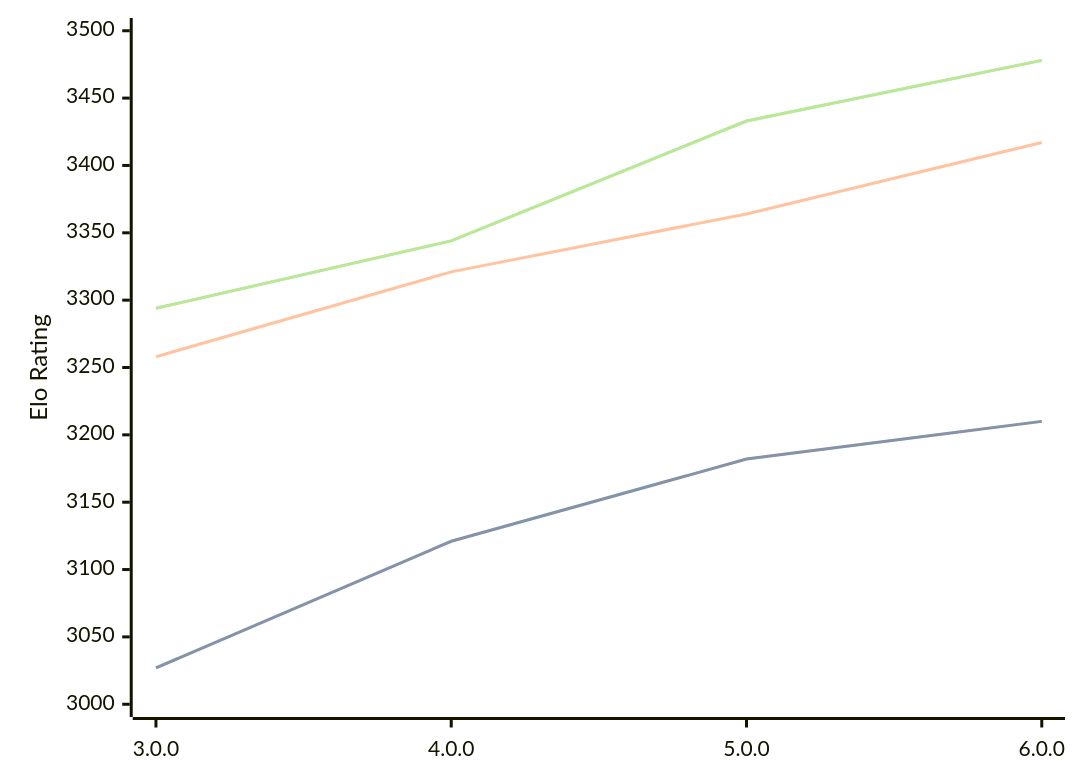
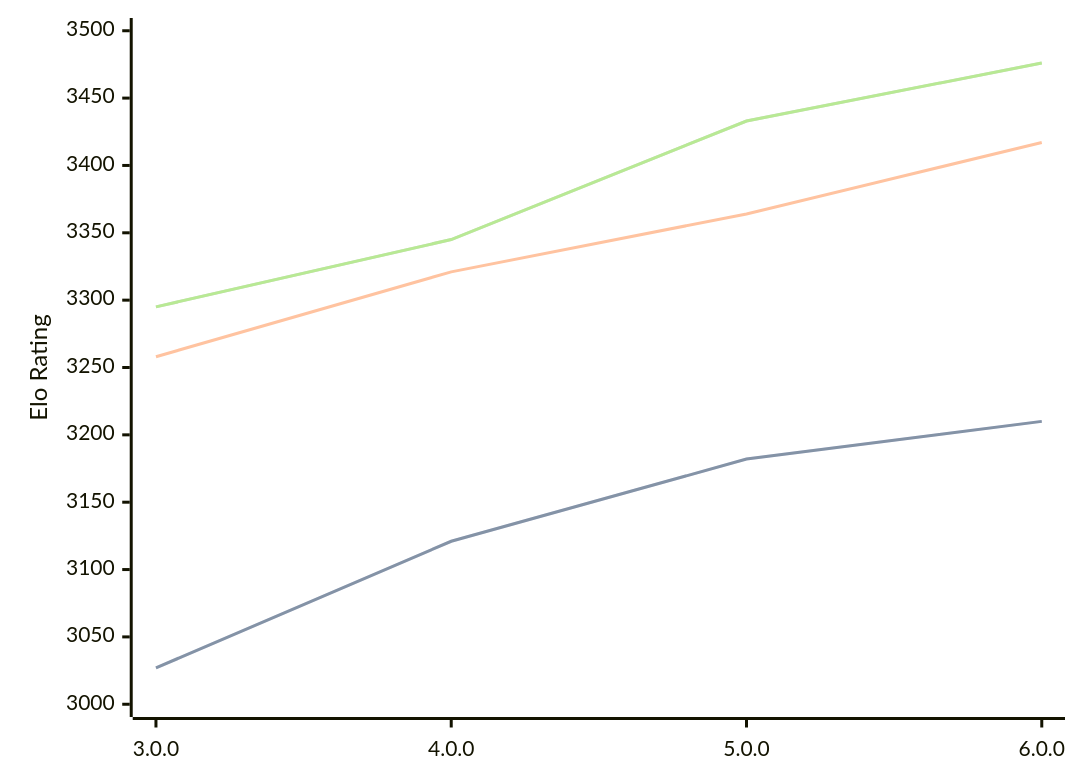
Before and after one commit to computer-chess-index/cci: the diagram in engines/Minke.md, drawn with Mermaid. The commit also changed other lines of this file, not shown here.

Commit message:
Update CCI Ratings (ELO VLTC) - 2026-05-13

````diff
--- a/engines/Minke.md
+++ b/engines/Minke.md
@@ -36,11 +36,11 @@
 ```mermaid
 %%{init: {"theme":"base","themeVariables":{"seriesColors:['#a3a3a3','#222221','#faa371']}}}%%
 xychart-beta
   x-axis ["3.0.0", "4.0.0", "5.0.0", "6.0.0"]
   y-axis "Elo Rating" 3000 --> 3500
   line "STC (8.0+0.08s)" [3027, 3121, 3182, 3210]
   line "STC (8.0+0.08s)" [3027, 3121, 3182, 3210]
   line "LTC (60.0+0.60s)" [3258, 3321, 3364, 3417]
-  line "VLTC (2m24s+1.12s)" [3294, 3344, 3433, 3478]
-  line "VLTC (2m24s+1.12s)" [3294, 3344, 3433, 3478]
+  line "VLTC (2m24s+1.12s)" [3295, 3345, 3433, 3476]
+  line "VLTC (2m24s+1.12s)" [3295, 3345, 3433, 3476]
 ```
````
